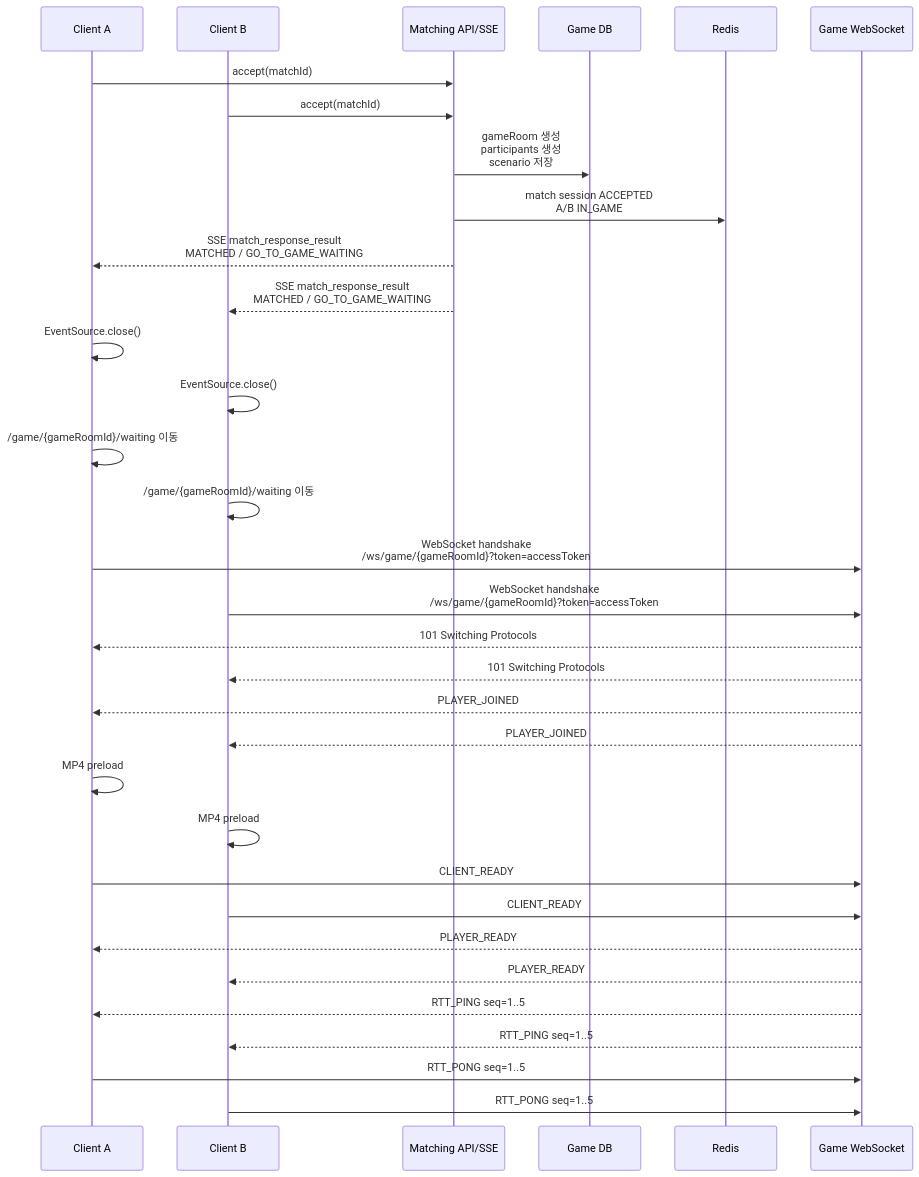
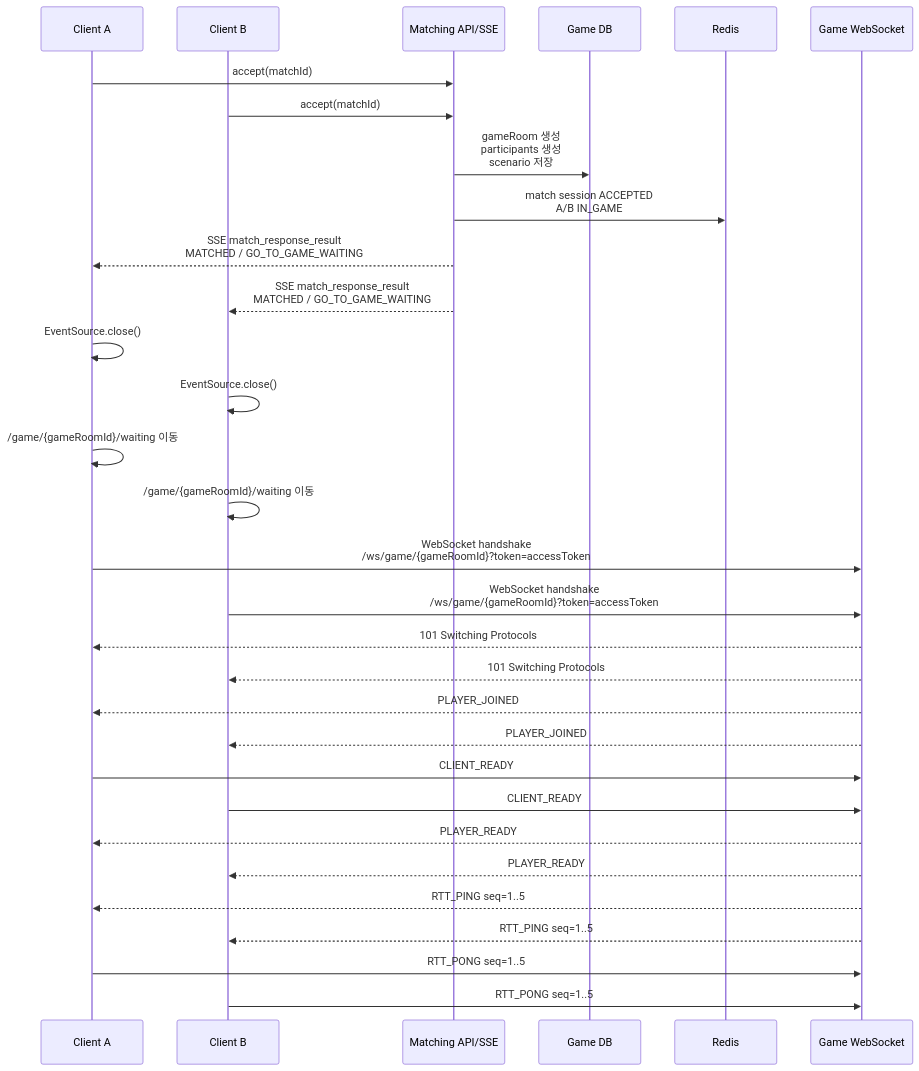
The second of 11 diagrams in docs/project/websocket client.md (moonwhistle/League-of-Star), drawn with Mermaid before and after one commit. The commit also changed other lines of this file and 47 other files, not shown here.

````diff
--- a/docs/project/websocket client.md
+++ b/docs/project/websocket client.md
@@ -45,39 +44,37 @@
 ```mermaid
 sequenceDiagram
     participant A as Client A
     participant B as Client B
     participant M as Matching API/SSE
     participant DB as Game DB
     participant R as Redis
     participant W as Game WebSocket
 
     A->>M: accept(matchId)
     B->>M: accept(matchId)
     M->>DB: gameRoom 생성<br/>participants 생성<br/>scenario 저장
     M->>R: match session ACCEPTED<br/>A/B IN_GAME
     M-->>A: SSE match_response_result<br/>MATCHED / GO_TO_GAME_WAITING
     M-->>B: SSE match_response_result<br/>MATCHED / GO_TO_GAME_WAITING
 
     A->>A: EventSource.close()
     B->>B: EventSource.close()
     A->>A: /game/{gameRoomId}/waiting 이동
     B->>B: /game/{gameRoomId}/waiting 이동
 
     A->>W: WebSocket handshake<br/>/ws/game/{gameRoomId}?token=accessToken
     B->>W: WebSocket handshake<br/>/ws/game/{gameRoomId}?token=accessToken
     W-->>A: 101 Switching Protocols
     W-->>B: 101 Switching Protocols
 
     W-->>A: PLAYER_JOINED
     W-->>B: PLAYER_JOINED
-    A->>A: MP4 preload
-    B->>B: MP4 preload
     A->>W: CLIENT_READY
     B->>W: CLIENT_READY
     W-->>A: PLAYER_READY
     W-->>B: PLAYER_READY
     W-->>A: RTT_PING seq=1..5
     W-->>B: RTT_PING seq=1..5
     A->>W: RTT_PONG seq=1..5
     B->>W: RTT_PONG seq=1..5
 ```
````
